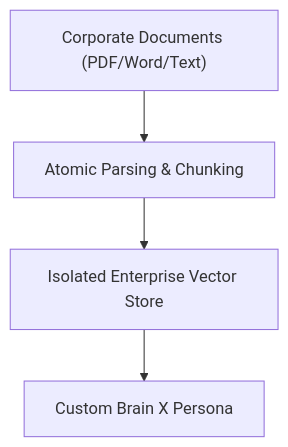
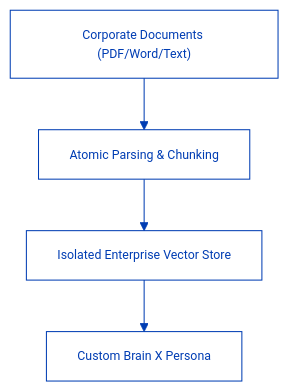
Before and after one commit to Connex-Brothers-Consulting-Group/cbcg-hs-connex-docs: the diagram in guide/brains/manual.mdx, drawn with Mermaid. The commit also changed 16 other files, not shown here.

Commit message:
style(diagrams): standardize all Mermaid diagrams with transparent line-art base theme across entire documentation

````diff
--- a/guide/brains/manual.mdx
+++ b/guide/brains/manual.mdx
@@ -9,6 +9,30 @@
 ```mermaid
+%%{init: {
+  'theme': 'base',
+  'themeVariables': {
+    'background': 'transparent',
+    'primaryColor': 'transparent',
+    'primaryBorderColor': '#003DB3',
+    'primaryTextColor': '#003DB3',
+    'secondaryColor': 'transparent',
+    'secondaryBorderColor': '#003DB3',
+    'secondaryTextColor': '#003DB3',
+    'tertiaryColor': 'transparent',
+    'tertiaryBorderColor': '#003DB3',
+    'tertiaryTextColor': '#003DB3',
+    'clusterBkg': 'transparent',
+    'clusterBorder': '#003DB3',
+    'lineColor': '#003DB3',
+    'textColor': '#003DB3',
+    'edgeLabelBackground': 'transparent',
+    'nodeBorder': '#003DB3',
+    'nodeTextColor': '#003DB3',
+    'fontFamily': 'Inter, -apple-system, BlinkMacSystemFont, sans-serif',
+    'fontSize': '12px'
+  }
+}}%%
 graph TD
 Doc["Corporate Documents (PDF/Word/Text)"] --> Parse["Atomic Parsing & Chunking"]
     Parse --> Vec["Isolated Enterprise Vector Store"]
     Vec --> Brain["Custom Brain X Persona"]
 ```
````
